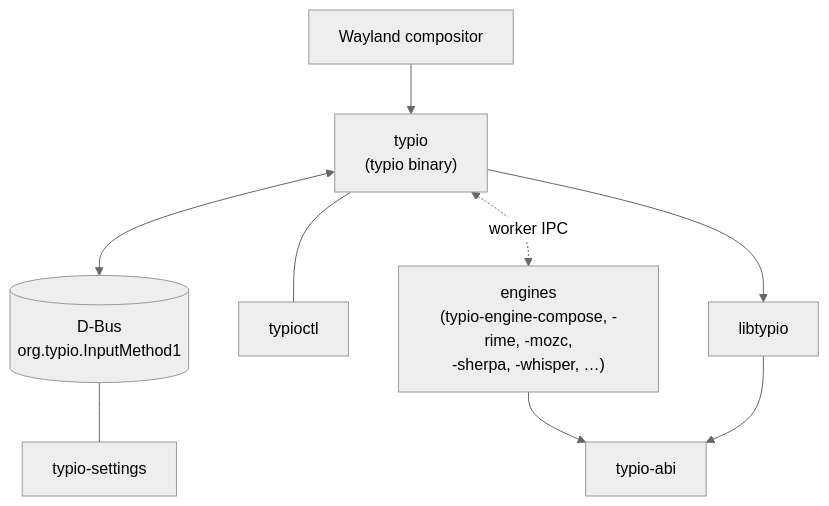
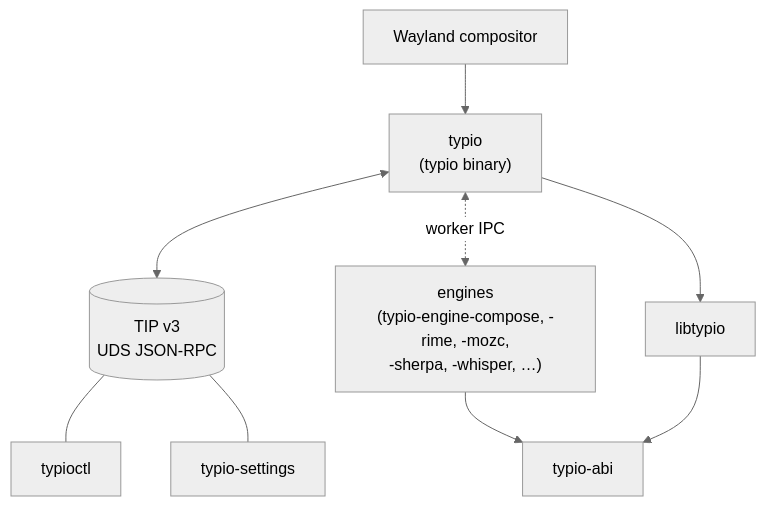
Before and after one commit to typio-ime/typio: the diagram in crates/typio-core/docs/explanation/architecture-overview.md, drawn with Mermaid (neutral theme). The commit also changed other lines of this file and 90 other files, not shown here.

````diff
--- a/crates/typio-core/docs/explanation/architecture-overview.md
+++ b/crates/typio-core/docs/explanation/architecture-overview.md
@@ -12,20 +12,20 @@
 ```mermaid
 flowchart TD
     WC[Wayland compositor]
     Host["typio<br/>(typio binary)"]
-    DBus[("D-Bus<br/>org.typio.InputMethod1")]
+    TIP[("TIP v3<br/>UDS JSON-RPC")]
     Client[typioctl]
     Control[typio-settings]
     Core[libtypio]
     Abi[typio-abi]
     Engines["engines<br/>(typio-engine-compose, -rime, -mozc,<br/>-sherpa, -whisper, …)"]
 
     WC --> Host
-    Host <--> DBus
-    Host --- Client
-    DBus --- Control
+    Host <--> TIP
+    TIP --- Client
+    TIP --- Control
     Host --> Core
     Host <-.->|worker IPC| Engines
     Engines --> Abi
     Core --> Abi
 ```
````
